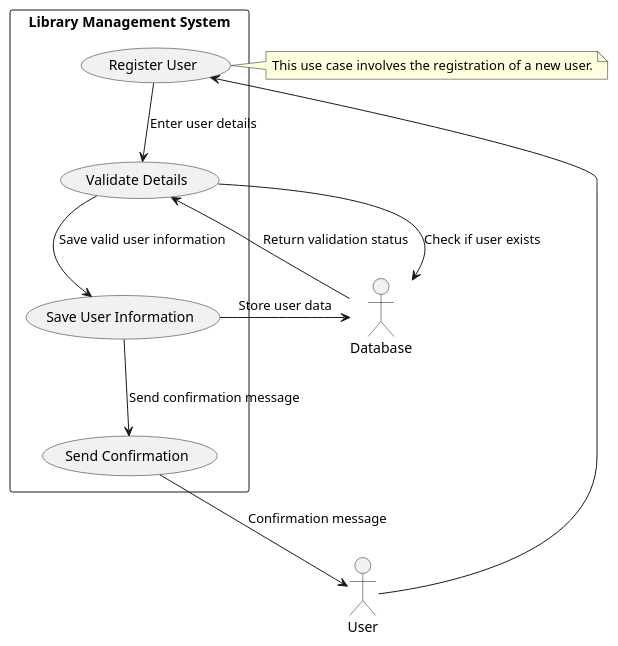
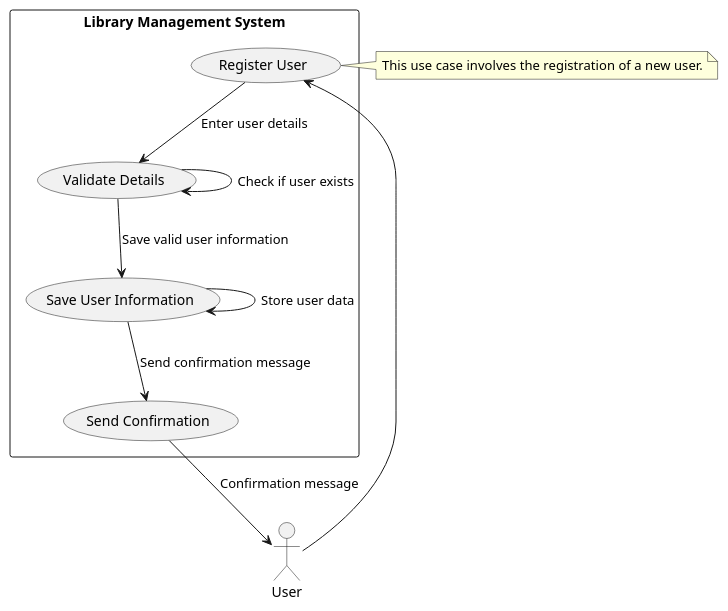
Before and after one commit to mernaahmed2020/LibraryOO: the diagram in docs/Use cases/Register User.puml, drawn with PlantUML.

Commit message:
Update Register User.puml

```diff
--- a/docs/Use cases/Register User.puml
+++ b/docs/Use cases/Register User.puml
@@ -1,26 +1,23 @@
 @startuml
-
 actor User
-actor Database
 
 rectangle "Library Management System" {
     usecase "Register User" as UC1
     usecase "Validate Details" as UC2
     usecase "Save User Information" as UC3
     usecase "Send Confirmation" as UC4
 }
 
 User --> UC1
 UC1 --> UC2 : "Enter user details"
-UC2 --> Database : "Check if user exists"
-Database --> UC2 : "Return validation status"
+UC2 --> UC2 : "Check if user exists"
 UC2 --> UC3 : "Save valid user information"
-UC3 --> Database : "Store user data"
+UC3 --> UC3 : "Store user data"
 UC3 --> UC4 : "Send confirmation message"
 UC4 --> User : "Confirmation message"
 
 note right of UC1
 This use case involves the registration of a new user.
 end note
 
 @enduml
```
